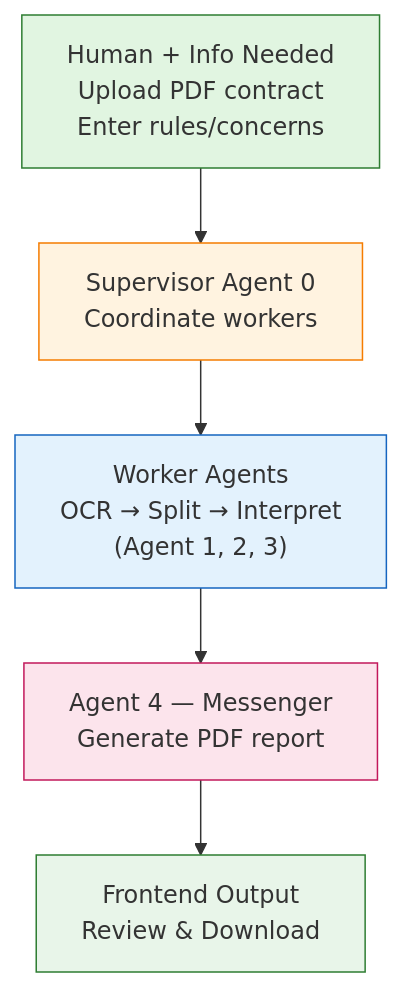
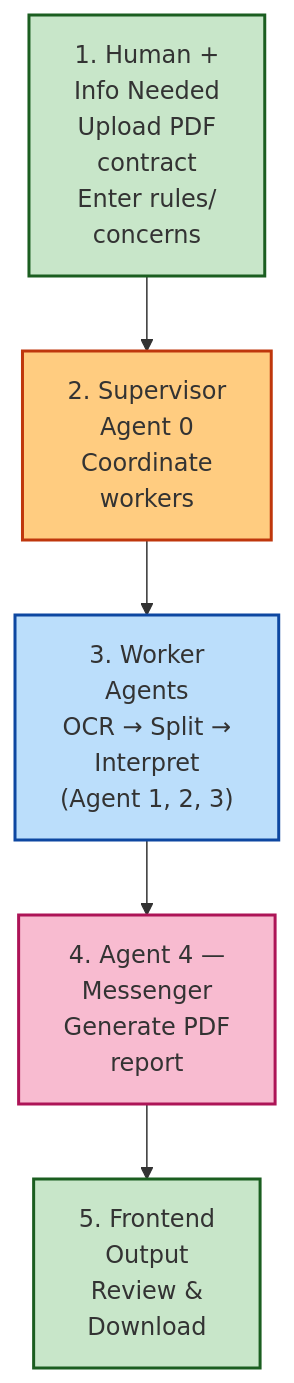
One commit to milnera2/Agentic-AI-Contract-Resolution changed the first of 2 diagrams in Workflow-Chart.md. Above: the diagram before and after it, drawn with Mermaid. The commit also changed other lines of this file, not shown here.

````diff
--- a/Workflow-Chart.md
+++ b/Workflow-Chart.md
@@ -5,19 +5,19 @@
 ```mermaid
 flowchart TD
-    H["Human + Info Needed<br/>Upload PDF contract<br/>Enter rules/concerns"]
-    S["Supervisor Agent 0<br/>Coordinate workers"]
-    W["Worker Agents<br/>OCR → Split → Interpret<br/>(Agent 1, 2, 3)"]
-    M["Agent 4 — Messenger<br/>Generate PDF report"]
-    O["Frontend Output<br/>Review & Download"]
+    H["1. Human +<br/>Info Needed<br/>Upload PDF<br/>contract<br/>Enter rules/<br/>concerns"]
+    S["2. Supervisor<br/>Agent 0<br/>Coordinate<br/>workers"]
+    W["3. Worker<br/>Agents<br/>OCR → Split →<br/>Interpret<br/>(Agent 1, 2, 3)"]
+    M["4. Agent 4 —<br/>Messenger<br/>Generate PDF<br/>report"]
+    O["5. Frontend<br/>Output<br/>Review &<br/>Download"]
 
     H --> S
     S --> W
     W --> M
     M --> O
 
-    style H fill:#e1f5e1,stroke:#2e7d32
-    style S fill:#fff3e0,stroke:#f57c00
-    style W fill:#e3f2fd,stroke:#1565c0
-    style M fill:#fce4ec,stroke:#c2185b
-    style O fill:#e8f5e9,stroke:#2e7d32
+    style H fill:#c8e6c9,stroke:#1b5e20,stroke-width:2px
+    style S fill:#ffcc80,stroke:#bf360c,stroke-width:2px
+    style W fill:#bbdefb,stroke:#0d47a1,stroke-width:2px
+    style M fill:#f8bbd0,stroke:#ad1457,stroke-width:2px
+    style O fill:#c8e6c9,stroke:#1b5e20,stroke-width:2px
 ```
````
